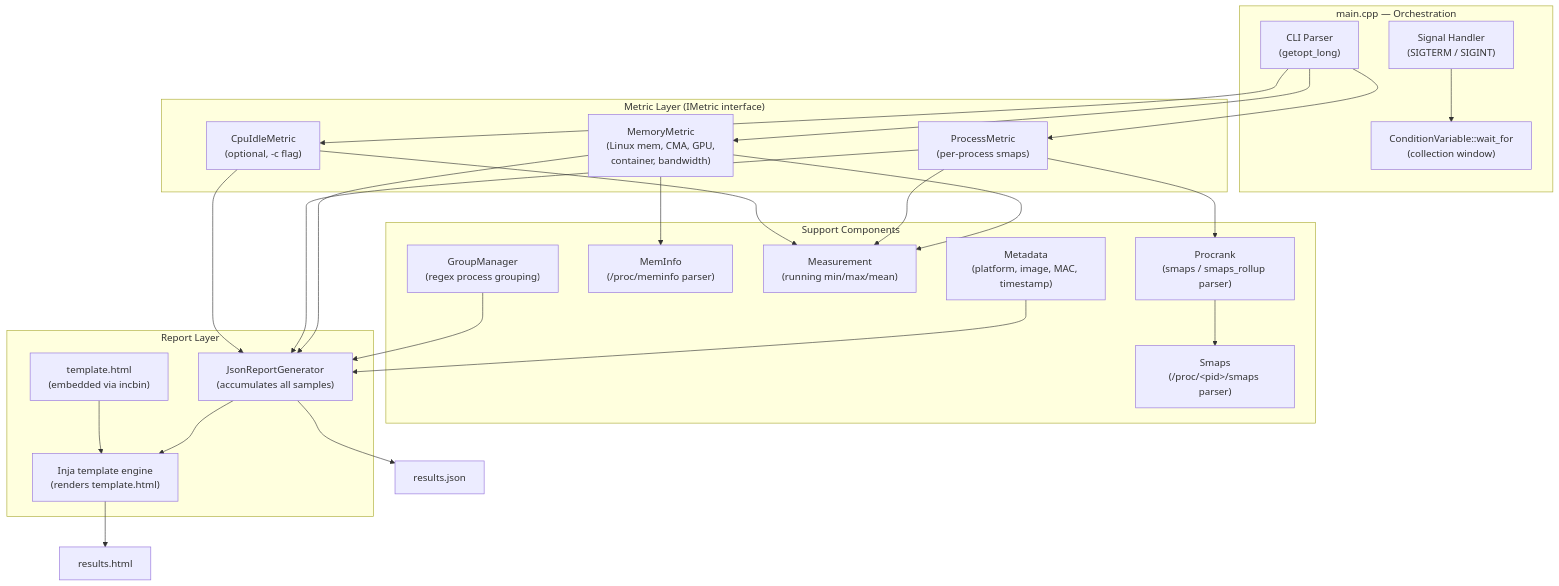
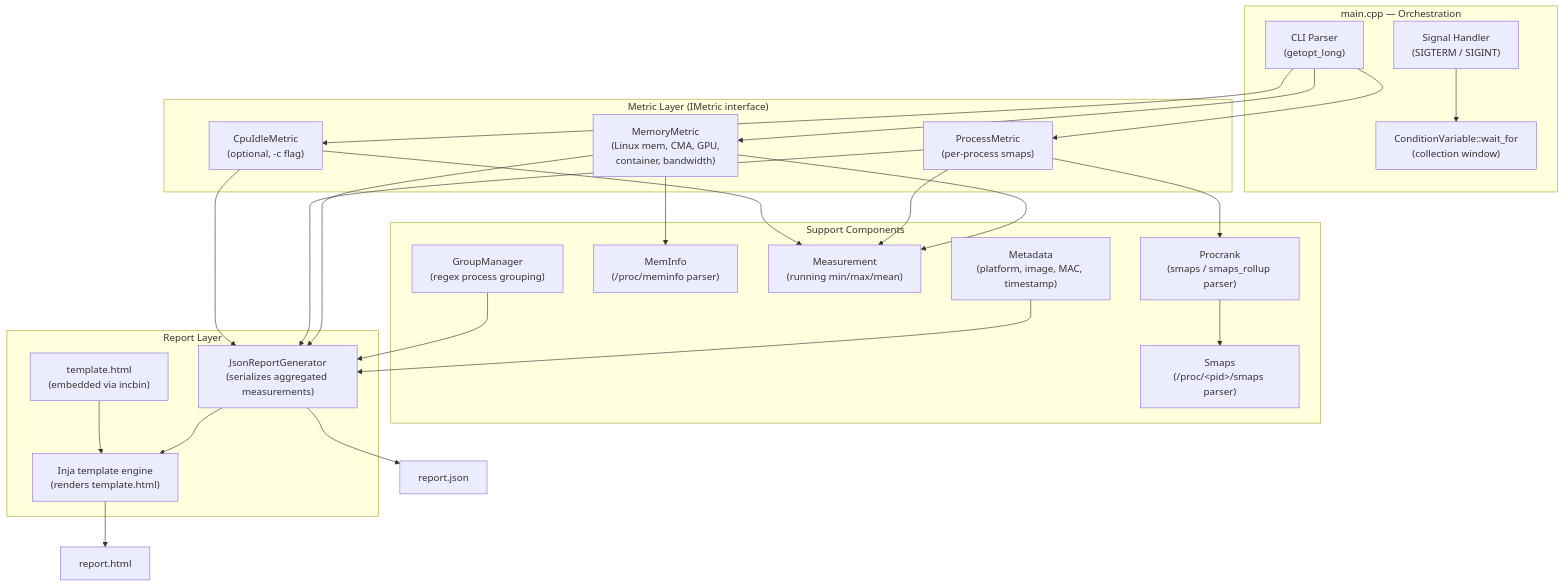
One commit to rdkcentral/MemCapture changed the second of 9 diagrams in docs/architecture/overview.md. Above: the diagram before and after it, drawn with Mermaid. The commit also changed other lines of this file and 11 other files, not shown here.

First line of the commit message:
Apply PR review feedback: fix output filenames, JSON schema, std::map docs, and prerequisites

````diff
--- a/docs/architecture/overview.md
+++ b/docs/architecture/overview.md
@@ -38,52 +38,52 @@
 ```mermaid
 graph TB
     subgraph main["main.cpp — Orchestration"]
         CLI["CLI Parser\n(getopt_long)"]
         SIG["Signal Handler\n(SIGTERM / SIGINT)"]
         WAIT["ConditionVariable::wait_for\n(collection window)"]
     end
 
     subgraph metrics["Metric Layer (IMetric interface)"]
         MM["MemoryMetric\n(Linux mem, CMA, GPU,\ncontainer, bandwidth)"]
         PM["ProcessMetric\n(per-process smaps)"]
         CM["CpuIdleMetric\n(optional, -c flag)"]
     end
 
     subgraph support["Support Components"]
         PR["Procrank\n(smaps / smaps_rollup parser)"]
         MI["MemInfo\n(/proc/meminfo parser)"]
         SM["Smaps\n(/proc/&lt;pid&gt;/smaps parser)"]
         MS["Measurement\n(running min/max/mean)"]
         GM["GroupManager\n(regex process grouping)"]
         MD["Metadata\n(platform, image, MAC, timestamp)"]
     end
 
     subgraph output["Report Layer"]
-        JRG["JsonReportGenerator\n(accumulates all samples)"]
+        JRG["JsonReportGenerator\n(serializes aggregated measurements)"]
         INJA["Inja template engine\n(renders template.html)"]
         TMPL["template.html\n(embedded via incbin)"]
     end
 
     CLI --> MM
     CLI --> PM
     CLI --> CM
     SIG --> WAIT
 
     MM --> MI
     MM --> MS
     PM --> PR
     PR --> SM
     PM --> MS
     CM --> MS
 
     MM --> JRG
     PM --> JRG
     CM --> JRG
     MD --> JRG
     GM --> JRG
 
     JRG --> INJA
     TMPL --> INJA
-    INJA --> HTML_OUT["results.html"]
-    JRG --> JSON_OUT["results.json"]
+    INJA --> HTML_OUT["report.html"]
+    JRG --> JSON_OUT["report.json"]
 ```
````
